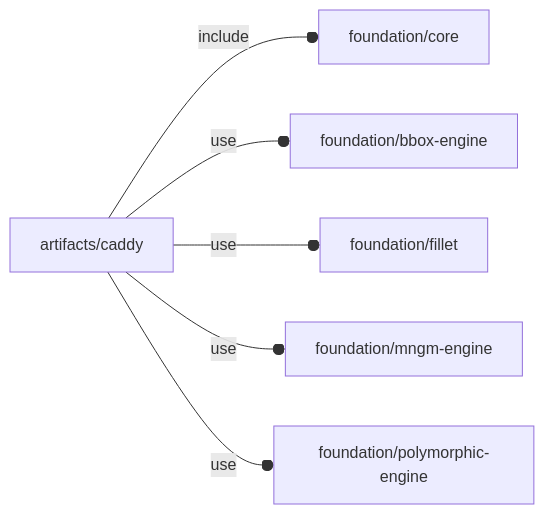
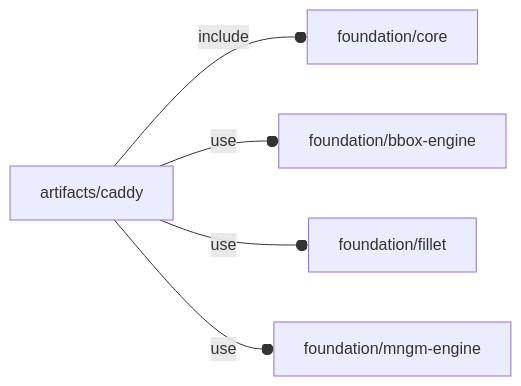
Before and after one commit to ggabbiani/OFL: the diagram in orthodocs/artifacts/caddy.md, drawn with Mermaid. The commit also changed 69 other files, not shown here.

````diff
--- a/orthodocs/artifacts/caddy.md
+++ b/orthodocs/artifacts/caddy.md
@@ -5,8 +5,7 @@
 ```mermaid
 graph LR
     A1[artifacts/caddy] --o|include| A2[foundation/core]
     A1 --o|use| A3[foundation/bbox-engine]
     A1 --o|use| A4[foundation/fillet]
     A1 --o|use| A5[foundation/mngm-engine]
-    A1 --o|use| A6[foundation/polymorphic-engine]
 ```
````
